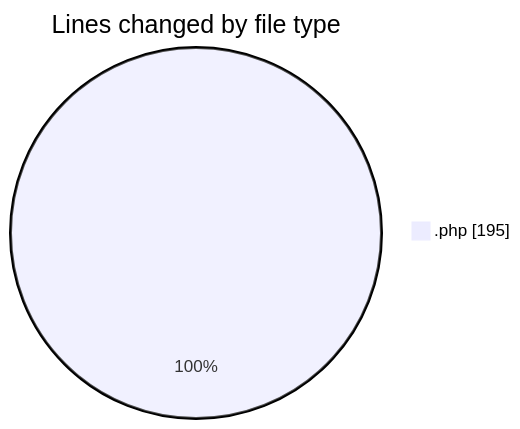
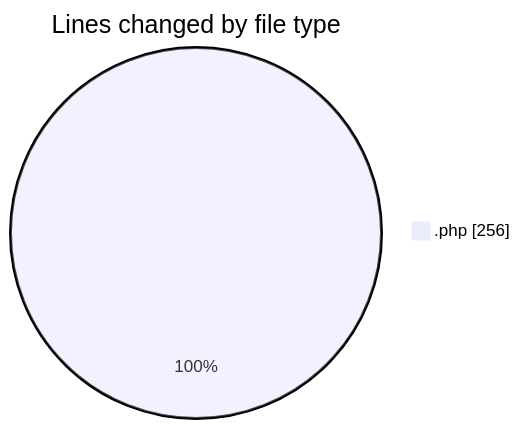
Before and after one commit to LanceThiago/code-tracking: the first of 2 diagrams in 2026-08-25/jogo/README.md, drawn with Mermaid. The commit also changed other lines of this file and 1 other file, not shown here.

````diff
--- a/2026-08-25/jogo/README.md
+++ b/2026-08-25/jogo/README.md
@@ -20,5 +21,5 @@
 ```mermaid
 pie showData
 title Lines changed by file type
-".php" : 195
+".php" : 256
 ```
````
